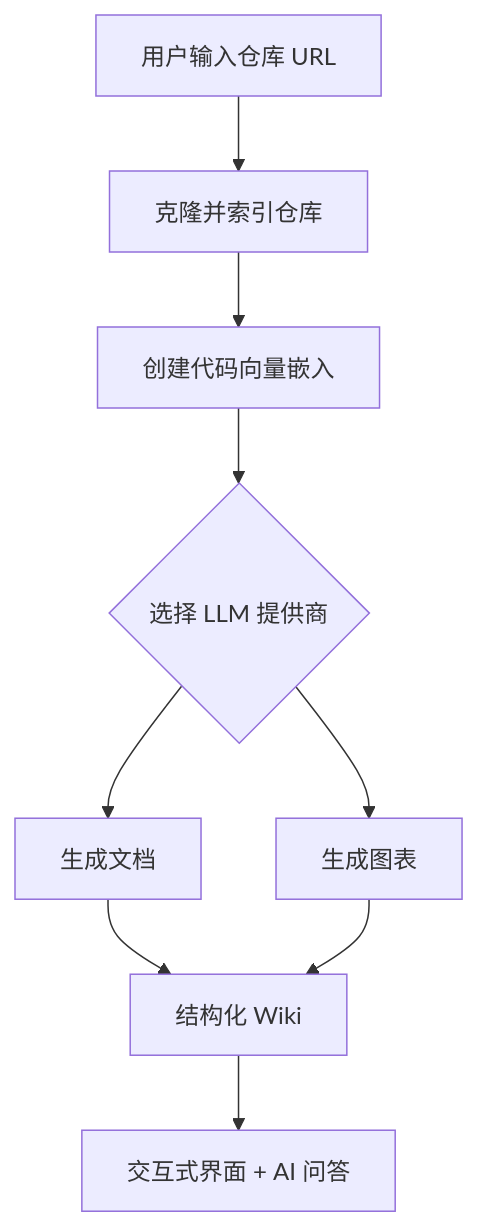
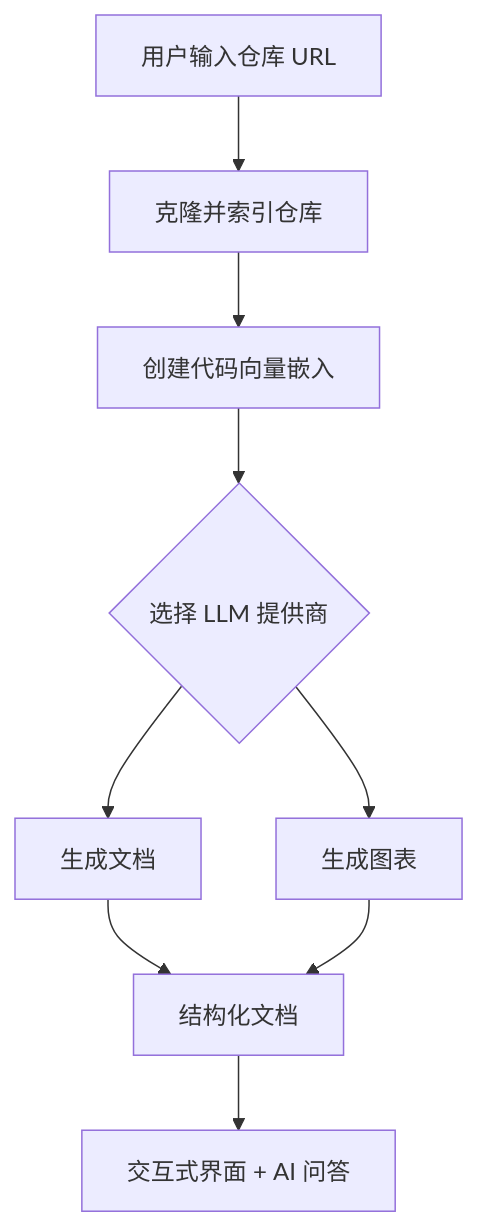
The second of 2 diagrams in README.md (TeresaLin0725/CS5260_Group12_RepoAgent), drawn with Mermaid before and after one commit. The commit also changed other lines of this file, not shown here.

````diff
--- a/README.md
+++ b/README.md
@@ -284,11 +284,11 @@
 ```mermaid
 graph TD
     A[用户输入仓库 URL] --> B[克隆并索引仓库]
     B --> C[创建代码向量嵌入]
     C --> D{选择 LLM 提供商}
     D --> E[生成文档]
     D --> F[生成图表]
-    E --> G[结构化 Wiki]
+    E --> G[结构化文档]
     F --> G
     G --> H[交互式界面 + AI 问答]
 ```
````
